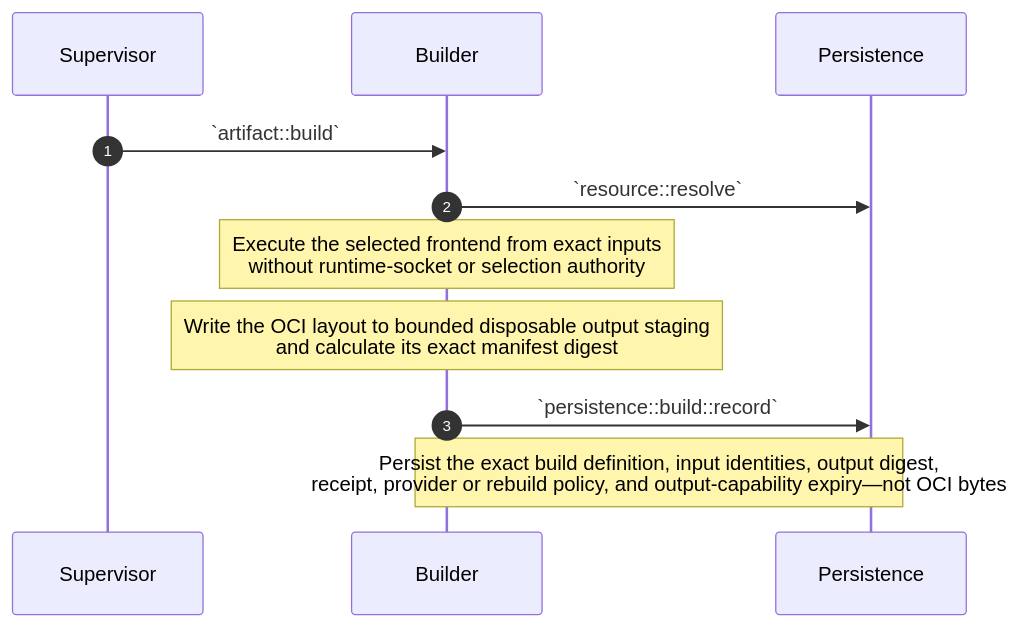
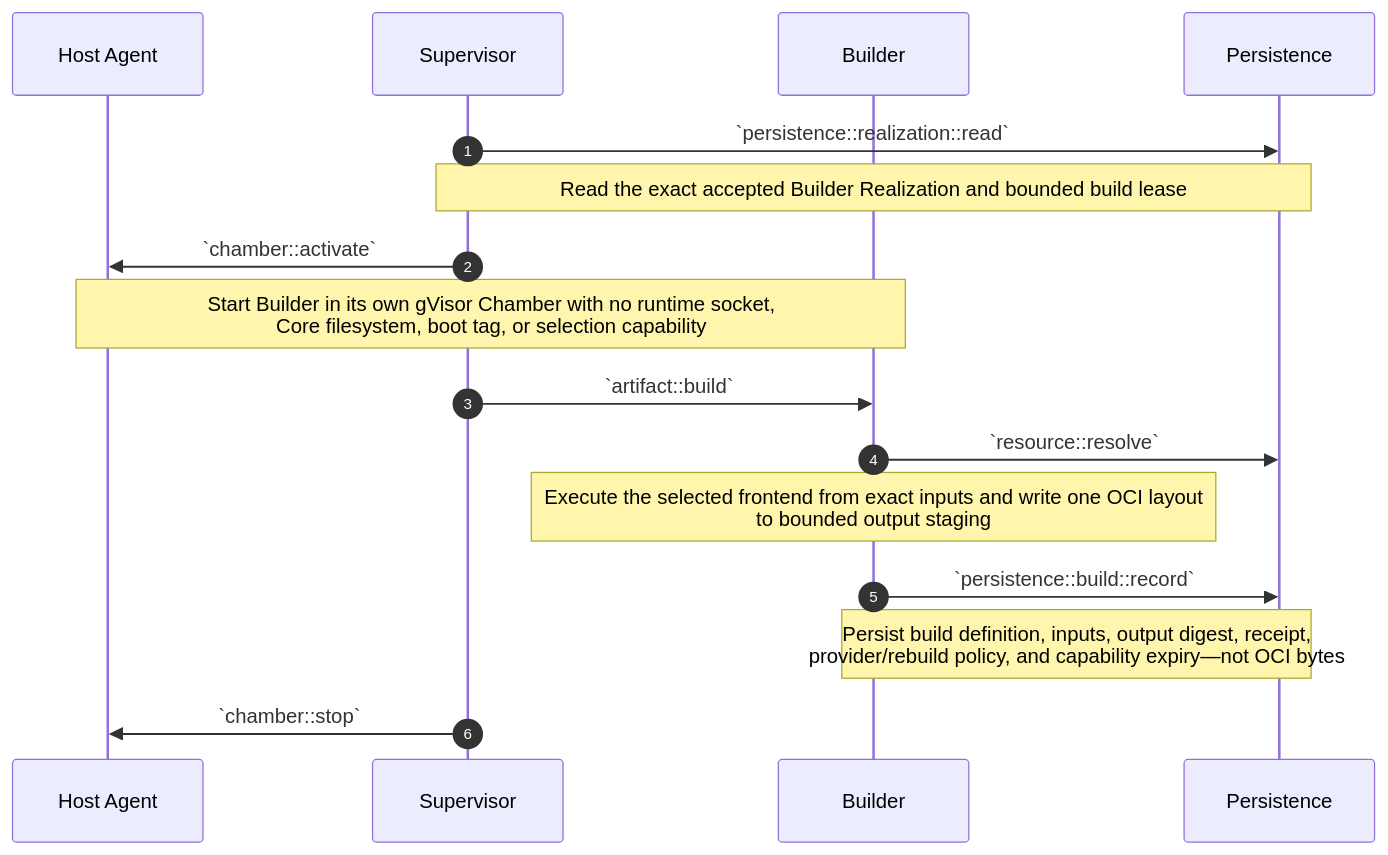
One commit to dreamcatcher-tech/chambers-lifecycle-explorer changed the tenth of 15 diagrams in source/chambers-lifecycle-sequences.md. Above: the diagram before and after it, drawn with Mermaid. The commit also changed other lines of this file and 8 other files, not shown here.

````diff
--- a/source/chambers-lifecycle-sequences.md
+++ b/source/chambers-lifecycle-sequences.md
@@ -1381,14 +974,19 @@
 ```mermaid
 sequenceDiagram
     autonumber
+    participant HostAgent as Host Agent
     participant Supervisor
     participant Builder
     participant Persistence
 
+    Supervisor->>Persistence: `persistence::realization::read`
+    Note over Supervisor,Persistence: Read the exact accepted Builder Realization and bounded build lease
+    Supervisor->>HostAgent: `chamber::activate`
+    Note over HostAgent,Builder: Start Builder in its own gVisor Chamber with no runtime socket,<br/>Core filesystem, boot tag, or selection capability
     Supervisor->>Builder: `artifact::build`
     Builder->>Persistence: `resource::resolve`
-    Note over Builder: Execute the selected frontend from exact inputs<br/>without runtime-socket or selection authority
-    Note over Builder: Write the OCI layout to bounded disposable output staging<br/>and calculate its exact manifest digest
+    Note over Builder: Execute the selected frontend from exact inputs and write one OCI layout<br/>to bounded output staging
     Builder->>Persistence: `persistence::build::record`
-    Note over Builder,Persistence: Persist the exact build definition, input identities, output digest,<br/>receipt, provider or rebuild policy, and output-capability expiry—not OCI bytes
+    Note over Builder,Persistence: Persist build definition, inputs, output digest, receipt,<br/>provider/rebuild policy, and capability expiry—not OCI bytes
+    Supervisor->>HostAgent: `chamber::stop`
 ```
````
